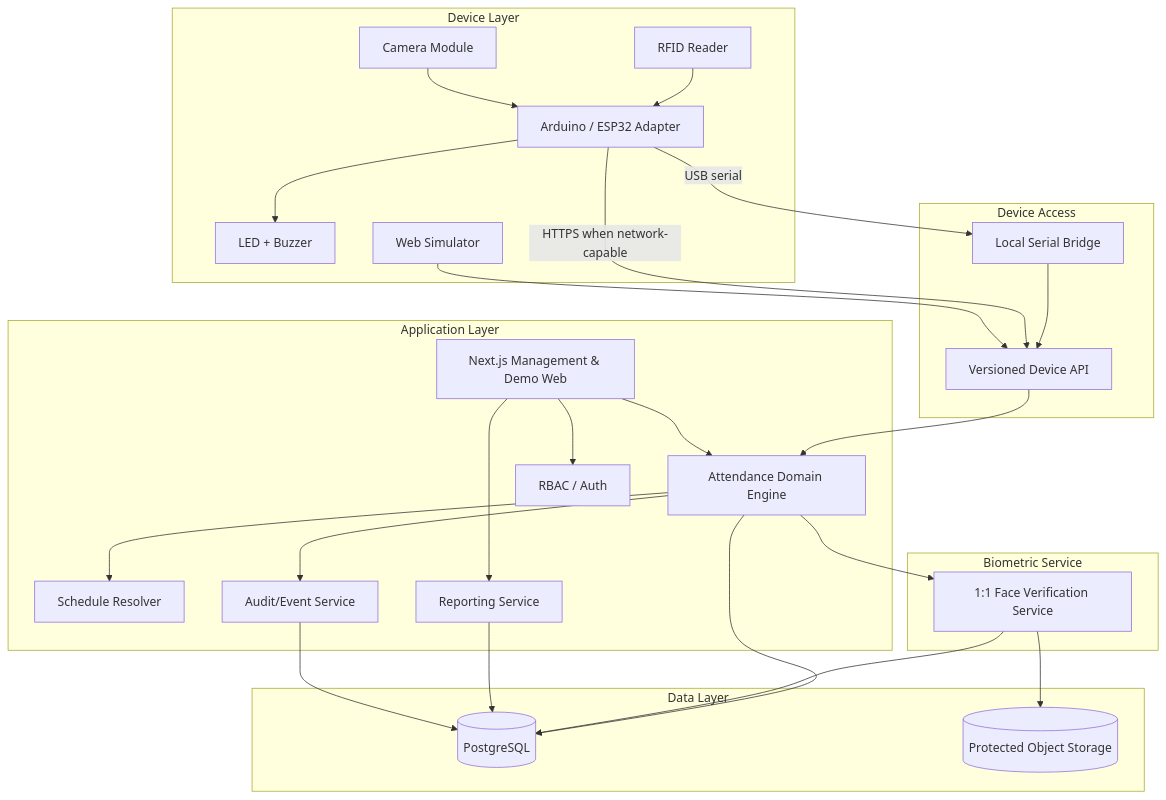
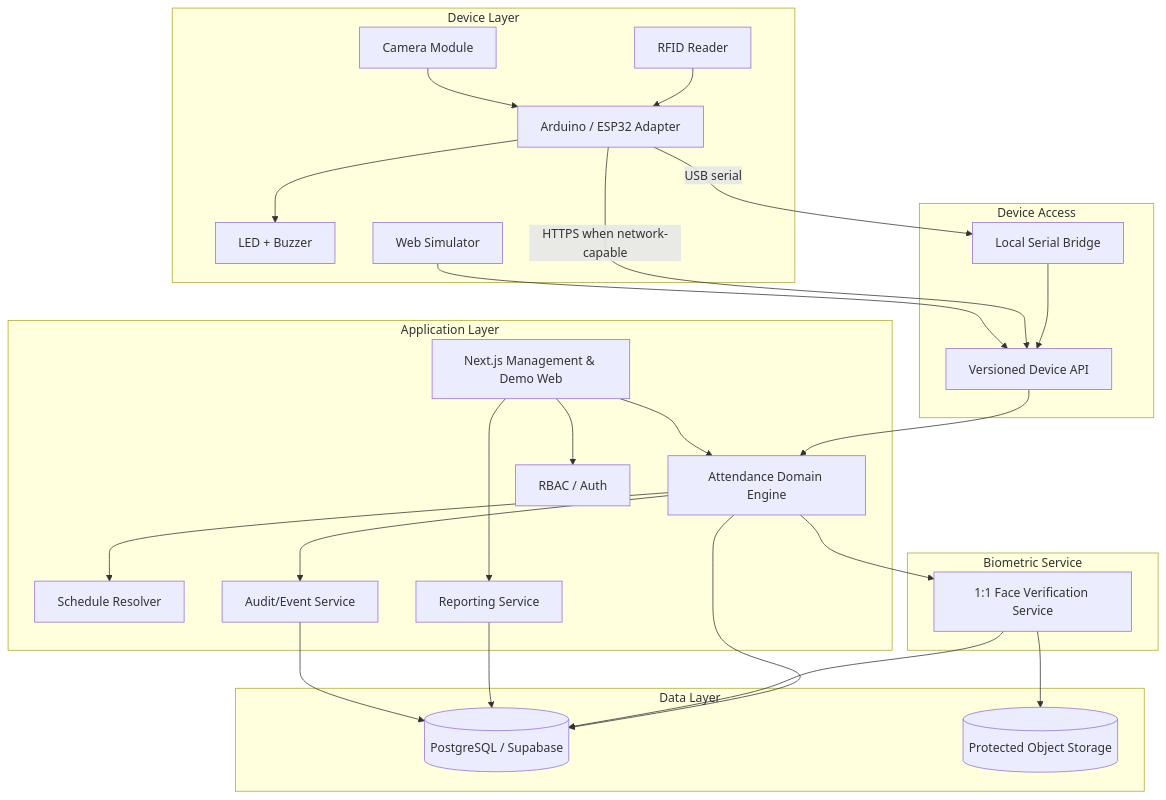
One commit to nafisajuliansahsaputra/attendance-system changed the first of 5 diagrams in docs/03-ARCHITECTURE.md. Above: the diagram before and after it, drawn with Mermaid. The commit also changed other lines of this file and 2 other files, not shown here.

Commit message:
docs: align architecture with implementation baseline

````diff
--- a/docs/03-ARCHITECTURE.md
+++ b/docs/03-ARCHITECTURE.md
@@ -67,53 +78,53 @@
 ```mermaid
 flowchart TB
     subgraph DeviceLayer[Device Layer]
       RFID[RFID Reader]
       CAM[Camera Module]
       IO[LED + Buzzer]
       HW[Arduino / ESP32 Adapter]
       SIM[Web Simulator]
       RFID --> HW
       CAM --> HW
       HW --> IO
     end
 
     subgraph EdgeLayer[Device Access]
       BRIDGE[Local Serial Bridge]
       DAPI[Versioned Device API]
     end
 
     subgraph AppLayer[Application Layer]
       WEB[Next.js Management & Demo Web]
       ATT[Attendance Domain Engine]
       SCH[Schedule Resolver]
       AUTH[RBAC / Auth]
       REPORT[Reporting Service]
       AUDIT[Audit/Event Service]
     end
 
     subgraph FaceLayer[Biometric Service]
       FACE[1:1 Face Verification Service]
     end
 
     subgraph DataLayer[Data Layer]
-      DB[(PostgreSQL)]
+      DB[(PostgreSQL / Supabase)]
       STORE[(Protected Object Storage)]
     end
 
     HW -->|USB serial| BRIDGE
     BRIDGE --> DAPI
     HW -->|HTTPS when network-capable| DAPI
     SIM --> DAPI
     DAPI --> ATT
     ATT --> SCH
     ATT --> FACE
     ATT --> DB
     ATT --> AUDIT
     FACE --> DB
     FACE --> STORE
     WEB --> AUTH
     WEB --> ATT
     WEB --> REPORT
     REPORT --> DB
     AUDIT --> DB
 ```
````
